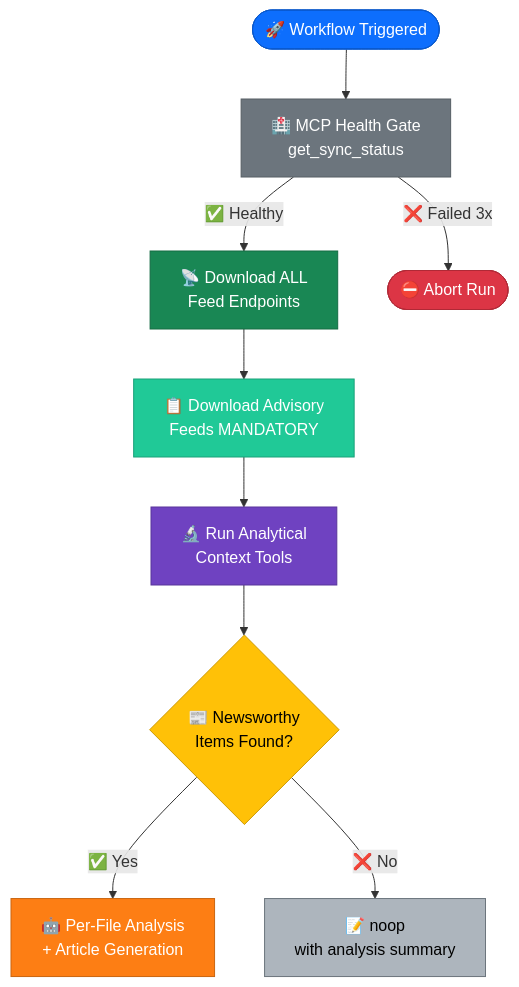
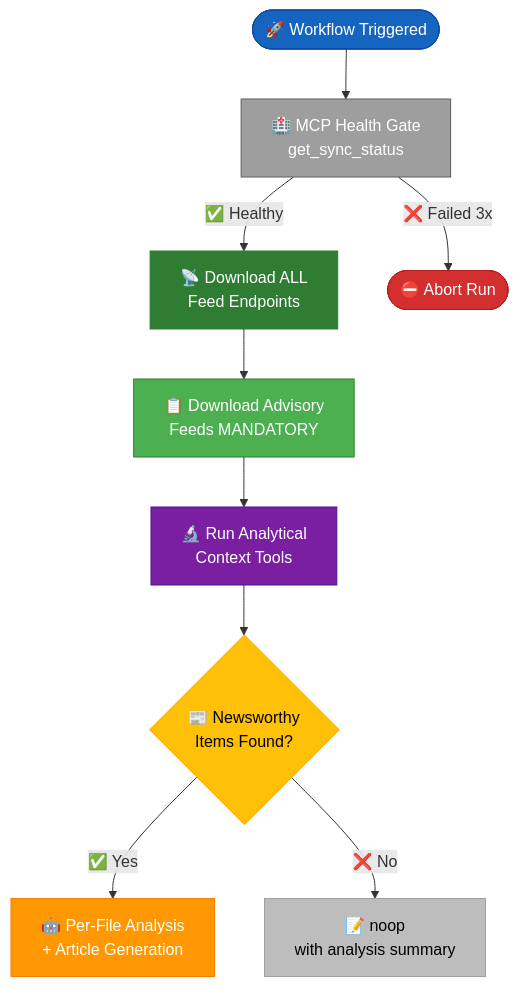
The second of 7 diagrams in analysis/README.md (Hack23/riksdagsmonitor), drawn with Mermaid before and after one commit. The commit also changed other lines of this file and 785 other files, not shown here.

First line of the commit message:
Normalize mermaid colors across 786 analysis artifacts to ISMS Style Guide palette

````diff
--- a/analysis/README.md
+++ b/analysis/README.md
@@ -179,21 +179,21 @@
 ```mermaid
 flowchart TD
     Start(["🚀 Workflow Triggered"]) --> Health["🏥 MCP Health Gate\nget_sync_status"]
     Health -->|"✅ Healthy"| Feeds["📡 Download ALL\nFeed Endpoints"]
     Health -->|"❌ Failed 3x"| Abort(["⛔ Abort Run"])
     Feeds --> Advisory["📋 Download Advisory\nFeeds MANDATORY"]
     Advisory --> Analytics["🔬 Run Analytical\nContext Tools"]
     Analytics --> Gate{"📰 Newsworthy\nItems Found?"}
     Gate -->|"✅ Yes"| Analyze["🤖 Per-File Analysis\n+ Article Generation"]
     Gate -->|"❌ No"| Noop["📝 noop\nwith analysis summary"]
 
-    style Start fill:#0d6efd,stroke:#0a58ca,color:#fff
-    style Health fill:#6c757d,stroke:#565e64,color:#fff
-    style Feeds fill:#198754,stroke:#146c43,color:#fff
-    style Advisory fill:#20c997,stroke:#1aa179,color:#fff
-    style Analytics fill:#6f42c1,stroke:#59359a,color:#fff
-    style Gate fill:#ffc107,stroke:#cc9a06,color:#000
-    style Analyze fill:#fd7e14,stroke:#ca6510,color:#fff
-    style Noop fill:#adb5bd,stroke:#6c757d,color:#000
-    style Abort fill:#dc3545,stroke:#b02a37,color:#fff
+    style Start fill:#1565C0,stroke:#0D47A1,color:#FFFFFF
+    style Health fill:#9E9E9E,stroke:#565e64,color:#FFFFFF
+    style Feeds fill:#2E7D32,stroke:#2E7D32,color:#FFFFFF
+    style Advisory fill:#4CAF50,stroke:#2E7D32,color:#FFFFFF
+    style Analytics fill:#7B1FA2,stroke:#4A148C,color:#FFFFFF
+    style Gate fill:#FFC107,stroke:#FFA000,color:#000000
+    style Analyze fill:#FF9800,stroke:#F57C00,color:#FFFFFF
+    style Noop fill:#BDBDBD,stroke:#9E9E9E,color:#000000
+    style Abort fill:#D32F2F,stroke:#B71C1C,color:#FFFFFF
 ```
````
